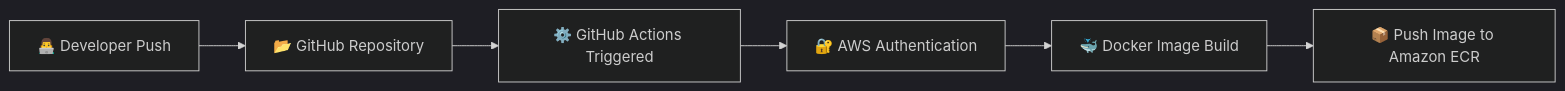
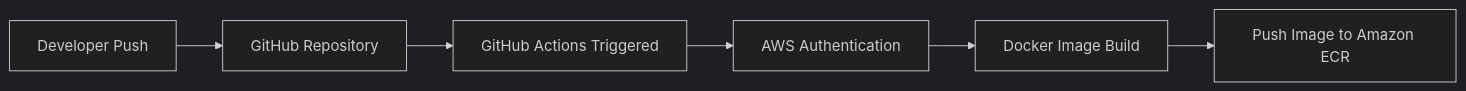
The second of 3 diagrams in README.md (zakyaakram/CloudDevOpsProject), drawn with Mermaid before and after one commit. The commit also changed other lines of this file, not shown here.

````diff
--- a/README.md
+++ b/README.md
@@ -208,14 +208,14 @@
 ```mermaid
 %%{init: {'theme':'dark'}}%%
 flowchart LR
 
-A[👨‍💻 Developer Push] --> B[📂 GitHub Repository]
+A[ Developer Push] --> B[ GitHub Repository]
 
-B --> C[⚙️ GitHub Actions Triggered]
+B --> C[ GitHub Actions Triggered]
 
-C --> D[🔐 AWS Authentication]
+C --> D[ AWS Authentication]
 
-D --> E[🐳 Docker Image Build]
+D --> E[ Docker Image Build]
 
-E --> F[📦 Push Image to Amazon ECR]
+E --> F[ Push Image to Amazon ECR]
 ```
````
